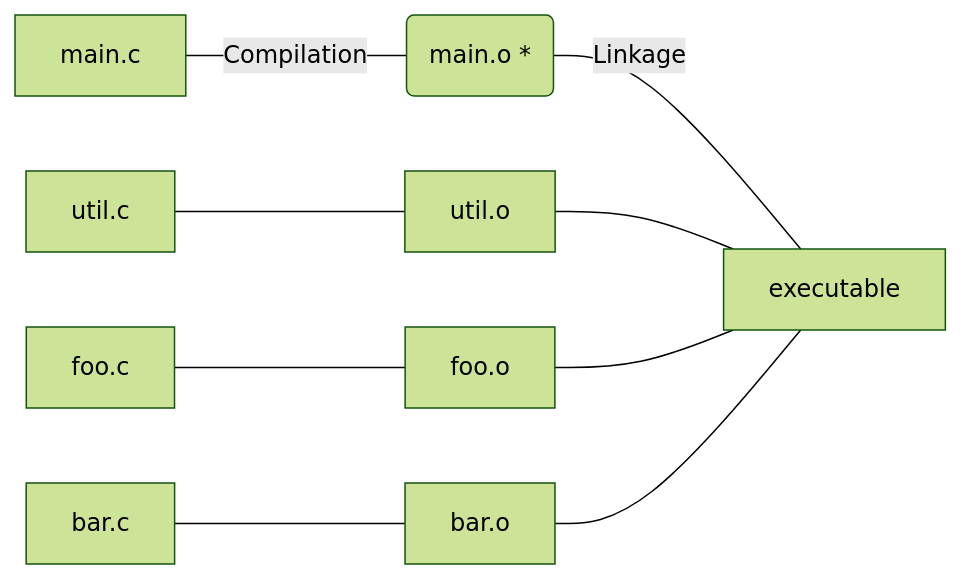
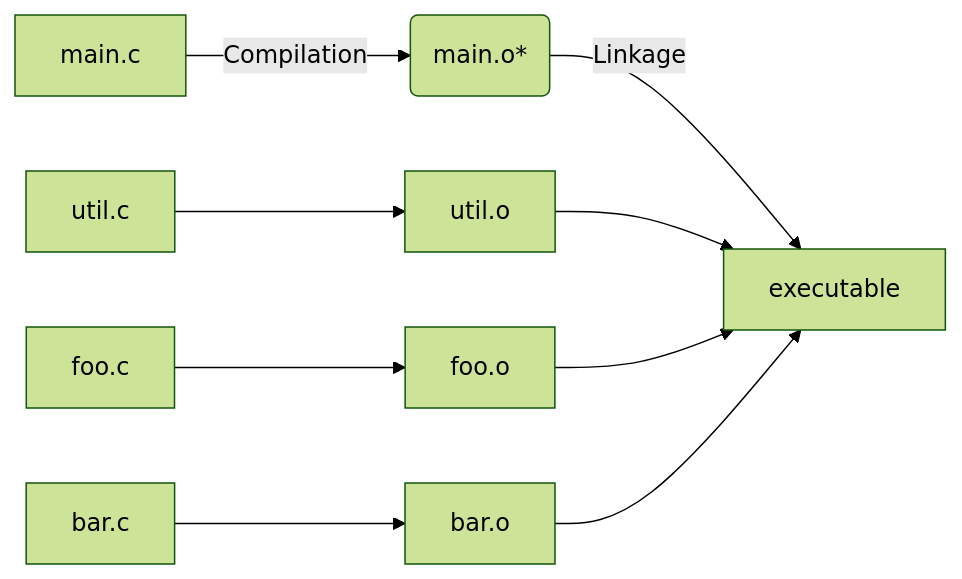
Before and after one commit to sadmanca/ece344: the first of 4 diagrams in README.md, drawn with Mermaid (forest theme). The commit also changed other lines of this file, not shown here.

Commit message:
Add all mermaid diagrams for lec3

````diff
--- a/README.md
+++ b/README.md
@@ -307,14 +307,14 @@
 ```mermaid
 graph LR
-	1["main.c"] ---|"Compilation"| 2("main.o *")
-	2 ---|"Linkage"| 3["executable"]
+	1["main.c"] --> |"Compilation"| 2("main.o*")
+	2 --> |"Linkage"| 3["executable"]
 
-	4["util.c"] --- 5["util.o"]
-	5 --- 3
+	4["util.c"] --> 5["util.o"]
+	5 --> 3
 
-	6["foo.c"] --- 7["foo.o"]
-	7 --- 3
+	6["foo.c"] --> 7["foo.o"]
+	7 --> 3
 
-	8["bar.c"] --- 9["bar.o"]
-	9 --- 3
+	8["bar.c"] --> 9["bar.o"]
+	9 --> 3
 ```
````
